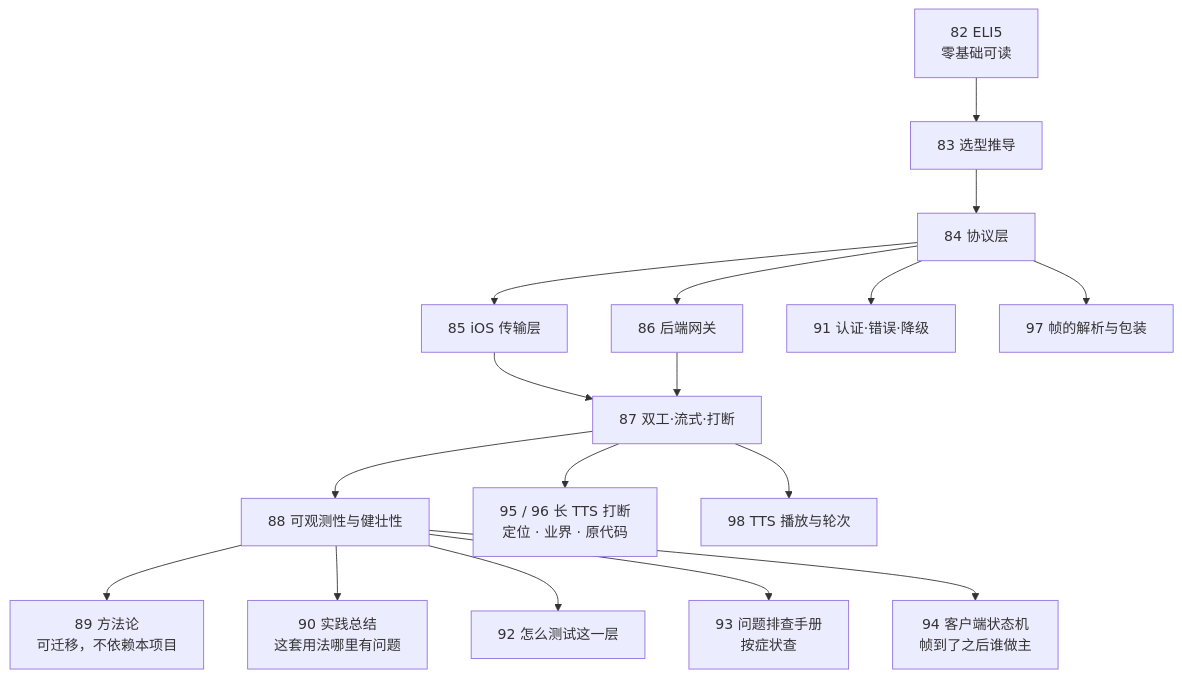
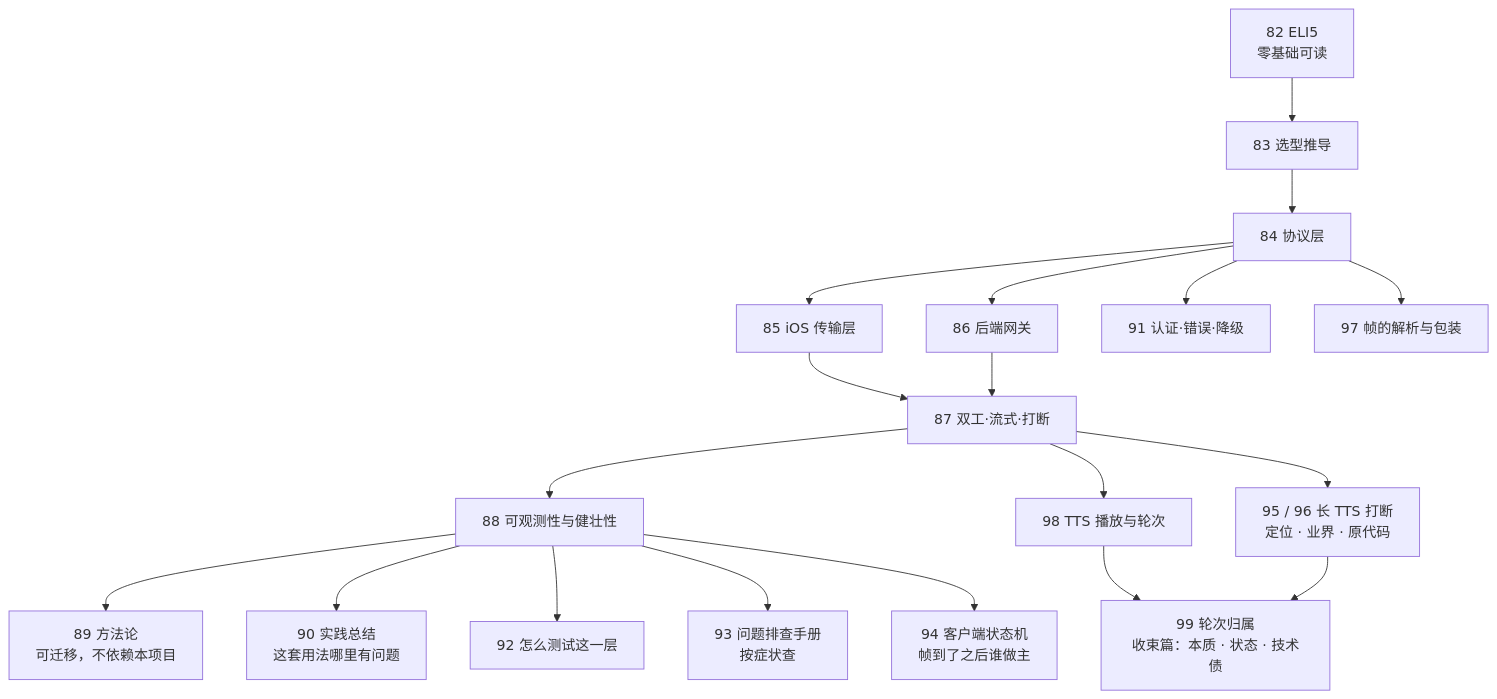
One commit to FluentWork/fluentwork-meta changed the second of 2 diagrams in docs/30_技术方案/81_WSS系列_00_导读_全景图与术语表.md. Above: the diagram before and after it, drawn with Mermaid. The commit also changed other lines of this file and 18 other files, not shown here.

````diff
--- a/docs/30_技术方案/81_WSS系列_00_导读_全景图与术语表.md
+++ b/docs/30_技术方案/81_WSS系列_00_导读_全景图与术语表.md
@@ -173,19 +175,21 @@
 ```mermaid
 flowchart TB
     E["82 ELI5<br/>零基础可读"] --> S["83 选型推导"]
     S --> P["84 协议层"]
     P --> IOS["85 iOS 传输层"]
     P --> GW["86 后端网关"]
     IOS --> D["87 双工·流式·打断"]
     GW --> D
     D --> O["88 可观测性与健壮性"]
     O --> M["89 方法论<br/>可迁移，不依赖本项目"]
     O --> R["90 实践总结<br/>这套用法哪里有问题"]
     P --> A["91 认证·错误·降级"]
     O --> T["92 怎么测试这一层"]
     O --> D2["93 问题排查手册<br/>按症状查"]
     O --> SM["94 客户端状态机<br/>帧到了之后谁做主"]
     D --> LTTS["95 / 96 长 TTS 打断<br/>定位 · 业界 · 原代码"]
     P --> FR["97 帧的解析与包装"]
     D --> PLAY["98 TTS 播放与轮次"]
+    PLAY --> SYN["99 轮次归属<br/>收束篇：本质 · 状态 · 技术债"]
+    LTTS --> SYN
 ```
````
